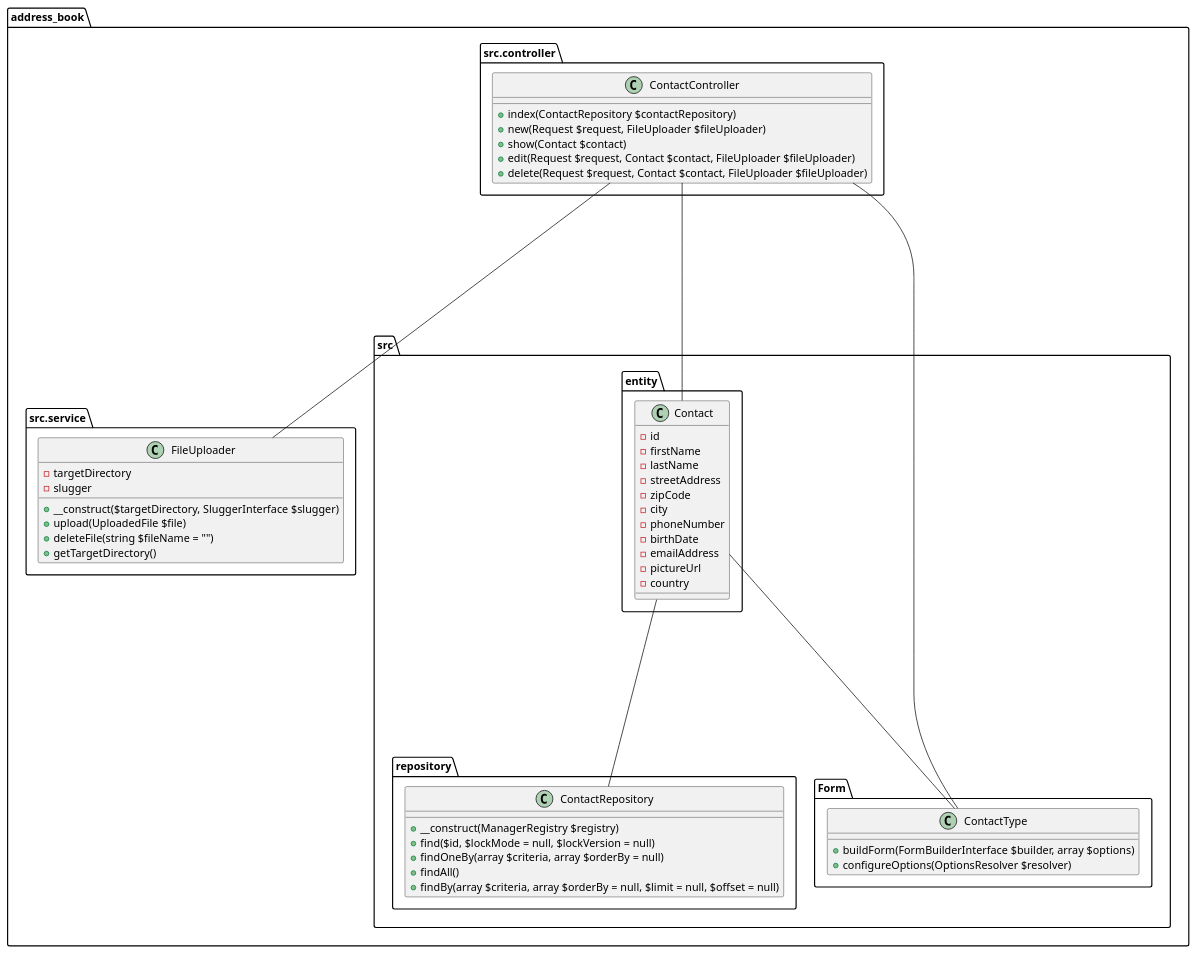
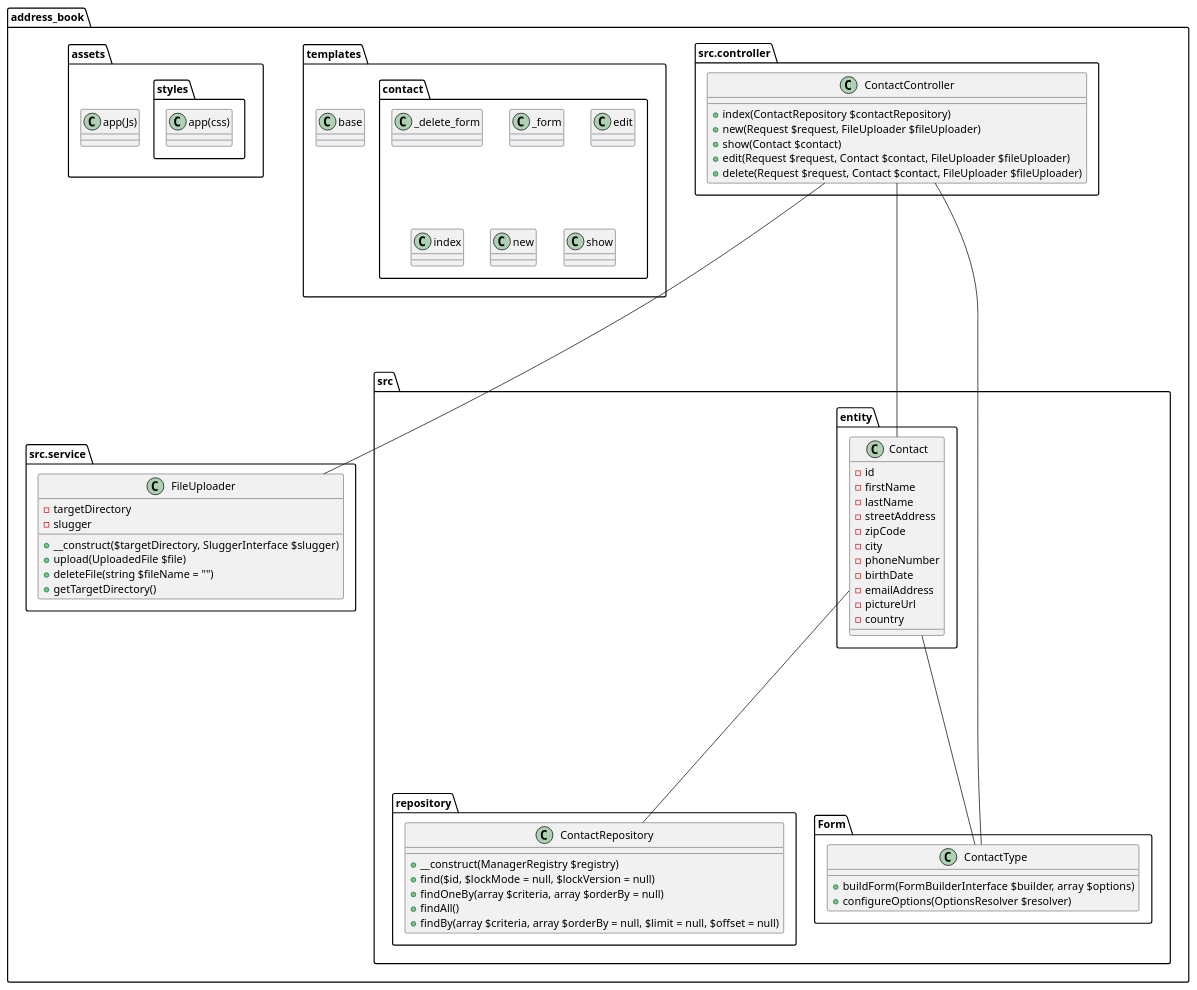
Before and after one commit to tonyYSaliba/Address-Book: the fourth of 4 diagrams in docs/DesignDocument.md, drawn with PlantUML.

Commit message:
fix design document

```diff
--- a/docs/DesignDocument.md
+++ b/docs/DesignDocument.md
@@ -208,6 +208,43 @@
    }
 }
 
+package "address_book.templates.contact" {
+      class "_delete_form"{
+
+      }
+      class "_form"{
+
+      }
+      class "edit"{
+
+      }
+      class "index"{
+
+      }
+      class "new"{
+
+      }
+      class "show"{
+
+      }
+    }
+    package "address_book.templates" {
+      class "base"{
+
+      }
+    }
+
+
+package "address_book.assets" {
+   class "app(Js)"{
+
+   }
+}
+package "address_book.assets.styles" {
+   class "app(css)"{
+
+   }
+}
 }
 
 "ContactController" ----- "FileUploader"
```
